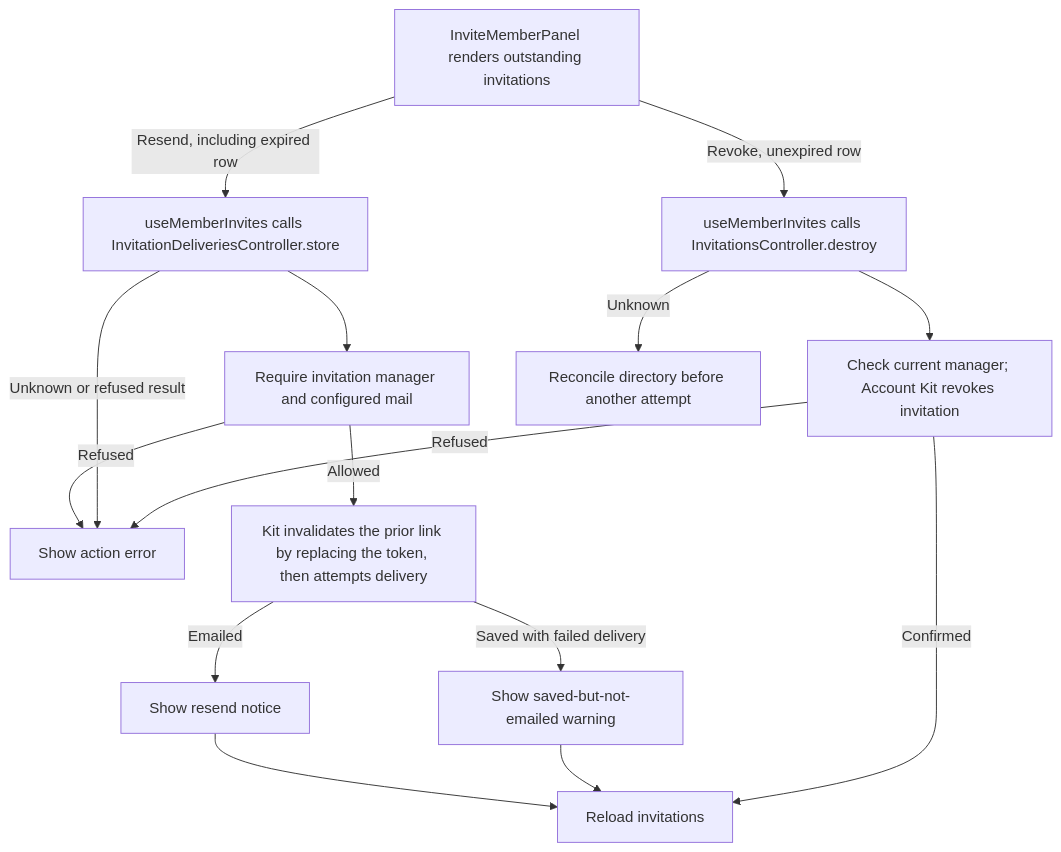
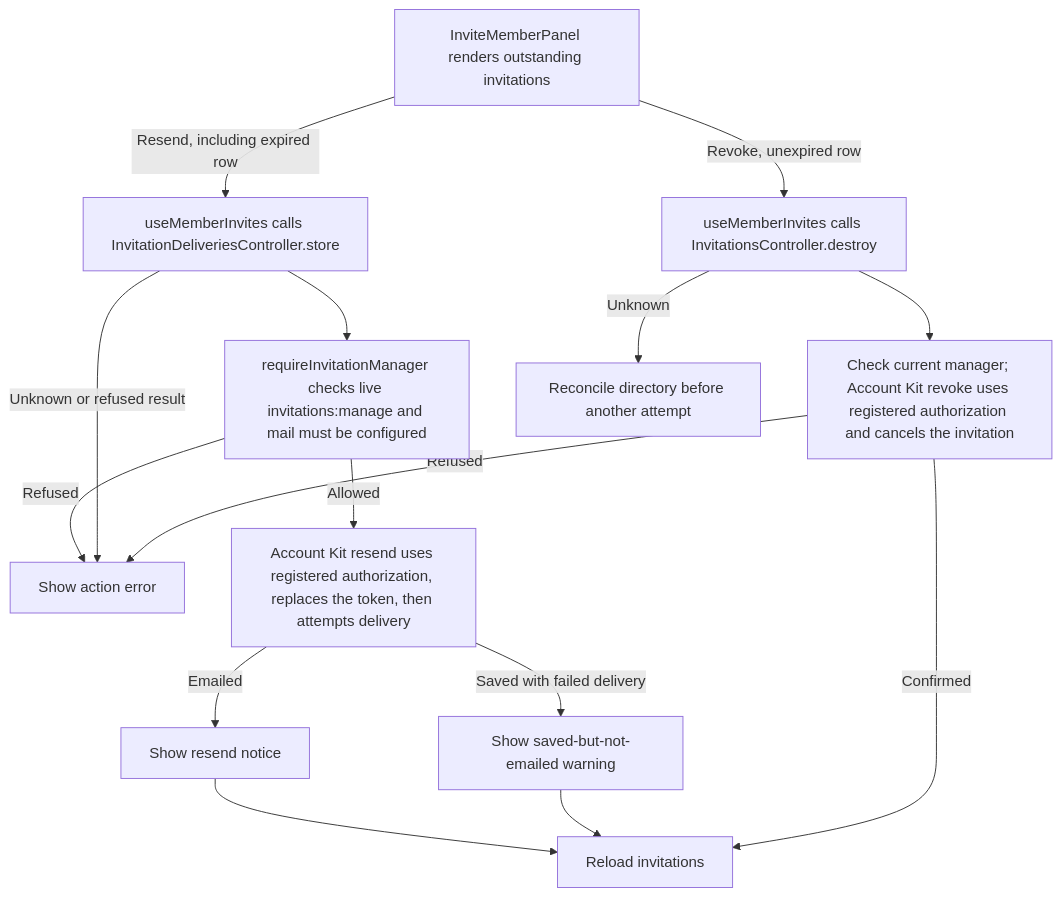
Before and after one commit to Kevinjohn/capacitylens: the second of 2 diagrams in user-stories/team/US-TEAM-03-manage-invitation.md, drawn with Mermaid. The commit also changed other lines of this file and 26 other files, not shown here.

````diff
--- a/user-stories/team/US-TEAM-03-manage-invitation.md
+++ b/user-stories/team/US-TEAM-03-manage-invitation.md
@@ -32,17 +32,17 @@
 ```mermaid
 flowchart TD
   row["InviteMemberPanel renders outstanding invitations"] -->|Resend, including expired row| resend["useMemberInvites calls InvitationDeliveriesController.store"]
-  resend --> check["Require invitation manager and configured mail"]
+  resend --> check["requireInvitationManager checks live invitations:manage and mail must be configured"]
   check -->|Refused| error["Show action error"]
-  check -->|Allowed| replace["Kit invalidates the prior link by replacing the token, then attempts delivery"]
+  check -->|Allowed| replace["Account Kit resend uses registered authorization, replaces the token, then attempts delivery"]
   replace -->|Emailed| sent["Show resend notice"]
   replace -->|Saved with failed delivery| warned["Show saved-but-not-emailed warning"]
   sent --> list["Reload invitations"]
   warned --> list
   resend -->|Unknown or refused result| error
   row -->|Revoke, unexpired row| revoke["useMemberInvites calls InvitationsController.destroy"]
-  revoke --> kit["Check current manager; Account Kit revokes invitation"]
+  revoke --> kit["Check current manager; Account Kit revoke uses registered authorization and cancels the invitation"]
   kit -->|Confirmed| list
   kit -->|Refused| error
   revoke -->|Unknown| reconcile["Reconcile directory before another attempt"]
 ```
````
